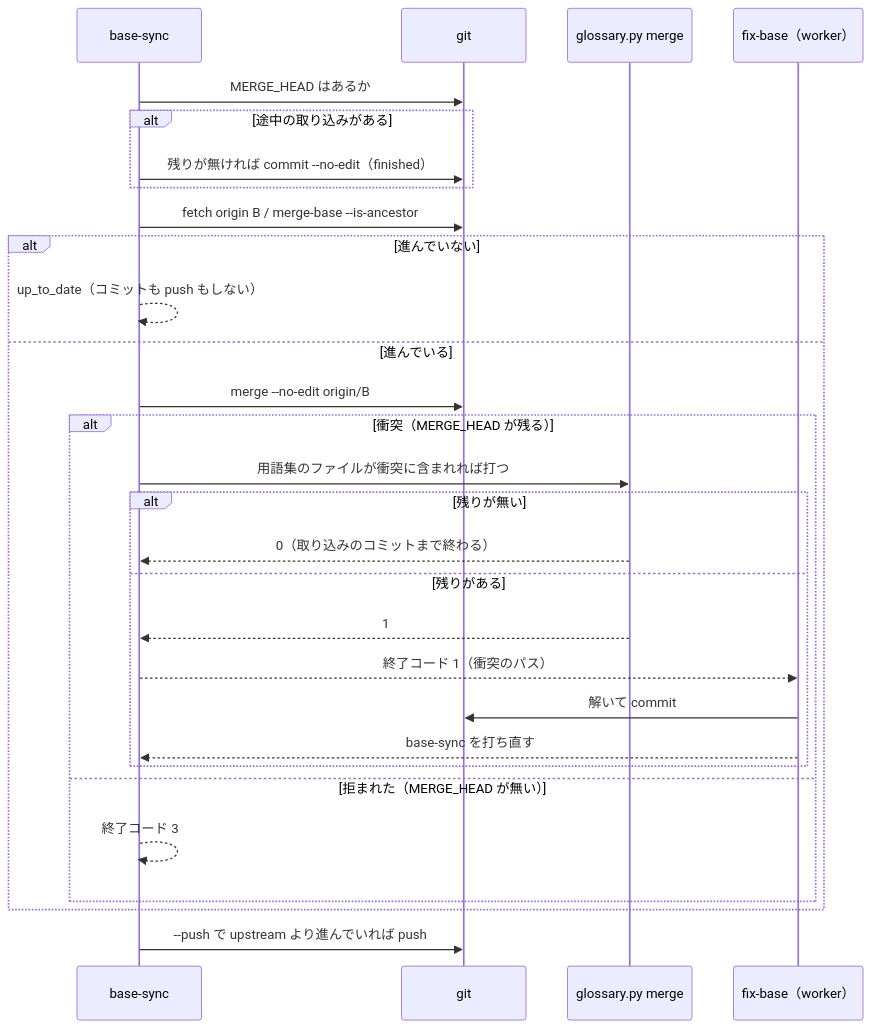
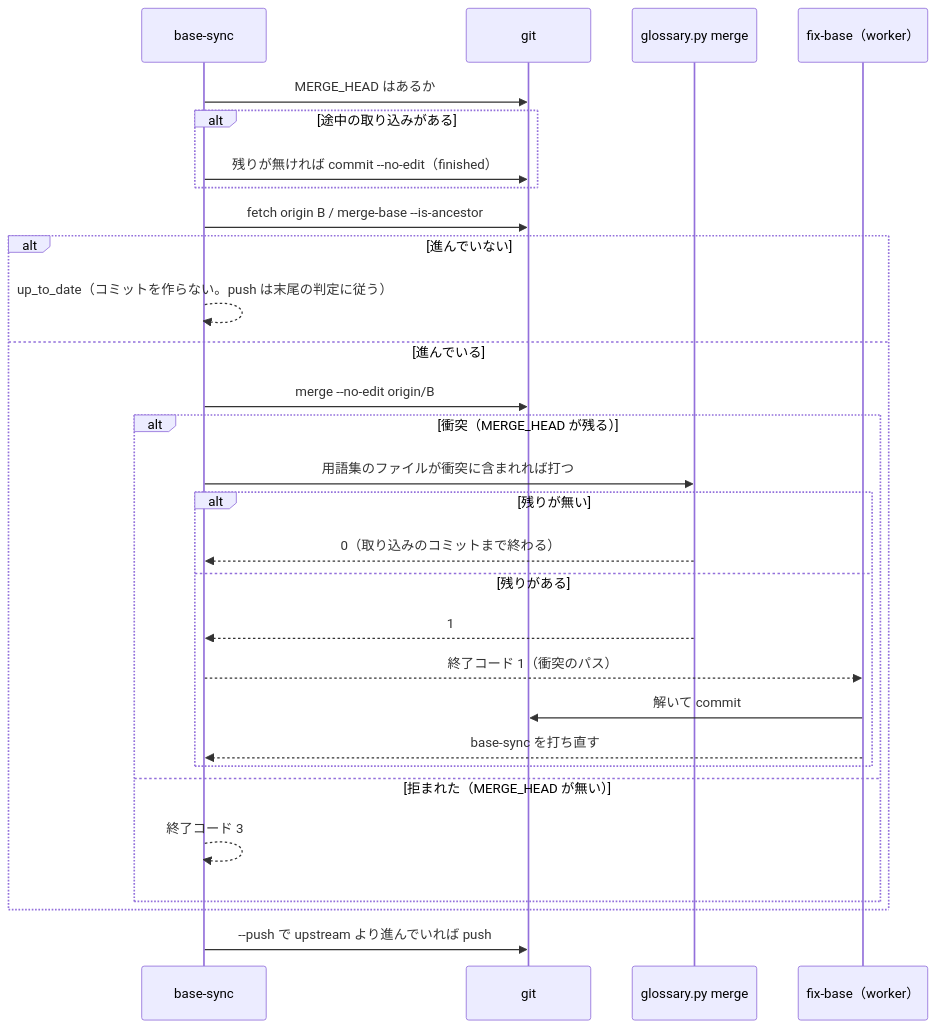
Before and after one commit to devbasex/ai-plugins: the fifth of 5 diagrams in issues/issue-1917-design.md, drawn with Mermaid. The commit also changed other lines of this file, not shown here.

Commit message:
Docs: #1917 の不変条件 I4・I5 を衝突を解いた後の push と語の衝突の引き渡しに揃える

````diff
--- a/issues/issue-1917-design.md
+++ b/issues/issue-1917-design.md
@@ -306,31 +306,31 @@
 ```mermaid
 sequenceDiagram
     participant S as base-sync
     participant Git as git
     participant Gl as glossary.py merge
     participant W as fix-base（worker）
     S->>Git: MERGE_HEAD はあるか
     alt 途中の取り込みがある
         S->>Git: 残りが無ければ commit --no-edit（finished）
     end
     S->>Git: fetch origin B / merge-base --is-ancestor
     alt 進んでいない
-        S-->>S: up_to_date（コミットも push もしない）
+        S-->>S: up_to_date（コミットを作らない。push は末尾の判定に従う）
     else 進んでいる
         S->>Git: merge --no-edit origin/B
         alt 衝突（MERGE_HEAD が残る）
             S->>Gl: 用語集のファイルが衝突に含まれれば打つ
             alt 残りが無い
                 Gl-->>S: 0（取り込みのコミットまで終わる）
             else 残りがある
                 Gl-->>S: 1
                 S-->>W: 終了コード 1（衝突のパス）
                 W->>Git: 解いて commit
                 W-->>S: base-sync を打ち直す
             end
         else 拒まれた（MERGE_HEAD が無い）
             S-->>S: 終了コード 3
         end
     end
     S->>Git: --push で upstream より進んでいれば push
 ```
````
